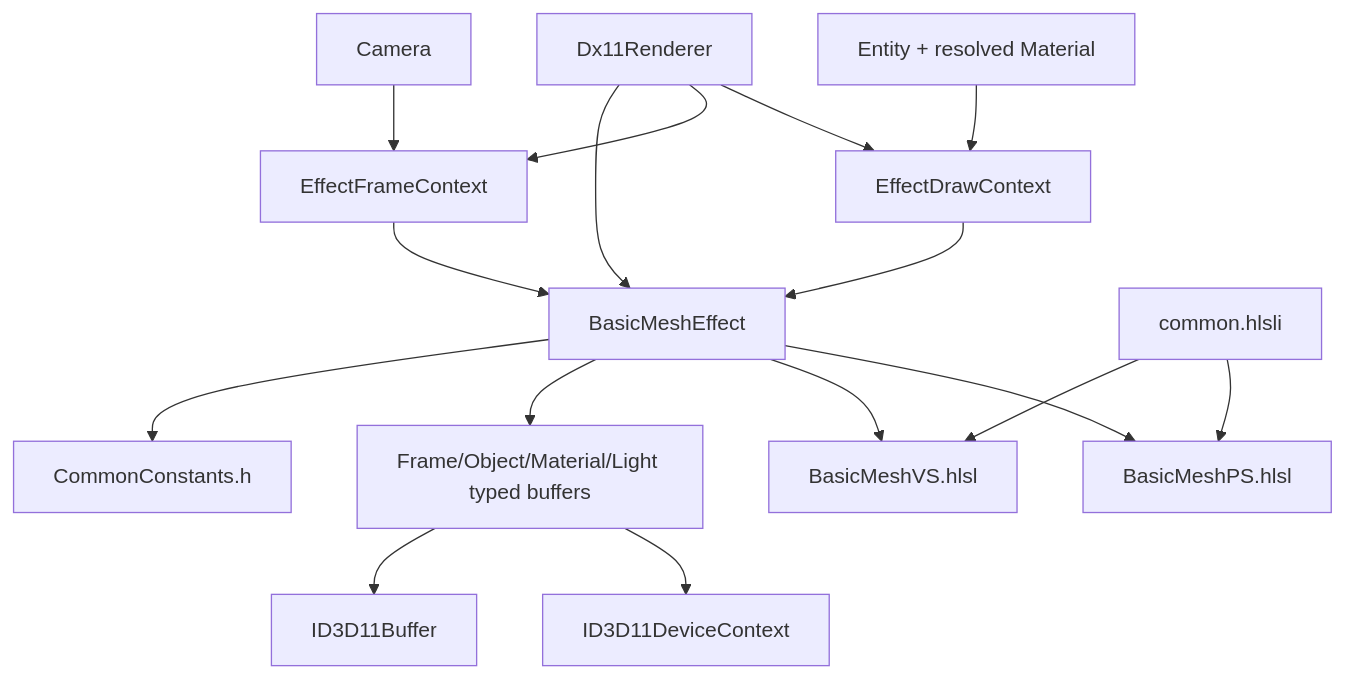
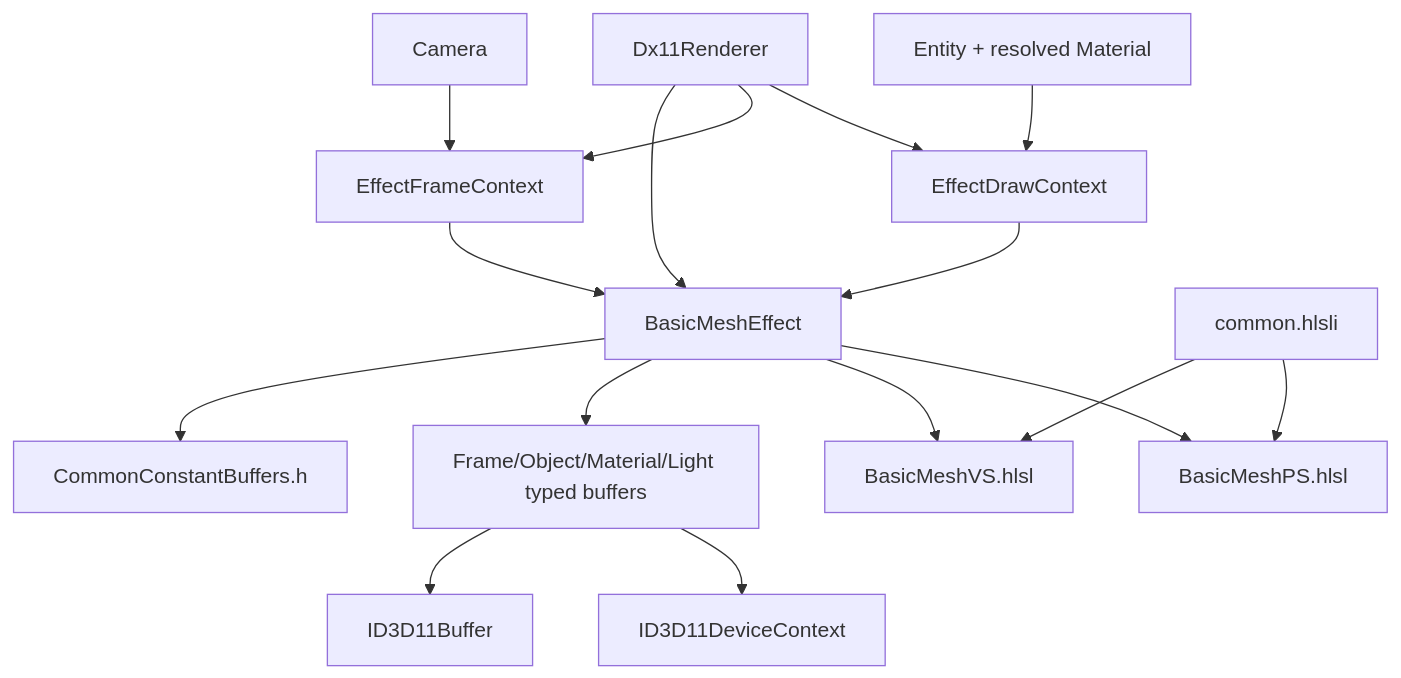
One commit to ELPSYKONGR/LRenderDemo changed the fourth of 4 diagrams in docs/architecture.md. Above: the diagram before and after it, drawn with Mermaid. The commit also changed 17 other files, not shown here.

Commit message:
refactor: consolidate common constant buffers and update rendering docs

````diff
--- a/docs/architecture.md
+++ b/docs/architecture.md
@@ -84,18 +84,18 @@
 ```mermaid
 graph TD
     Renderer[Dx11Renderer] --> Effect[BasicMeshEffect]
     Camera[Camera] --> Frame[EffectFrameContext]
     Entity[Entity + resolved Material] --> Draw[EffectDrawContext]
     Renderer --> Frame
     Renderer --> Draw
     Frame --> Effect
     Draw --> Effect
-    Effect --> CpuLayout[CommonConstants.h]
+    Effect --> CpuLayout[CommonConstantBuffers.h]
     Effect --> Buffer[Frame/Object/Material/Light typed buffers]
     Buffer --> D3DBuffer[ID3D11Buffer]
     Buffer --> Context[ID3D11DeviceContext]
     HlslLayout[common.hlsli] --> VS[BasicMeshVS.hlsl]
     HlslLayout --> PS[BasicMeshPS.hlsl]
     Effect --> VS
     Effect --> PS
 ```
````
